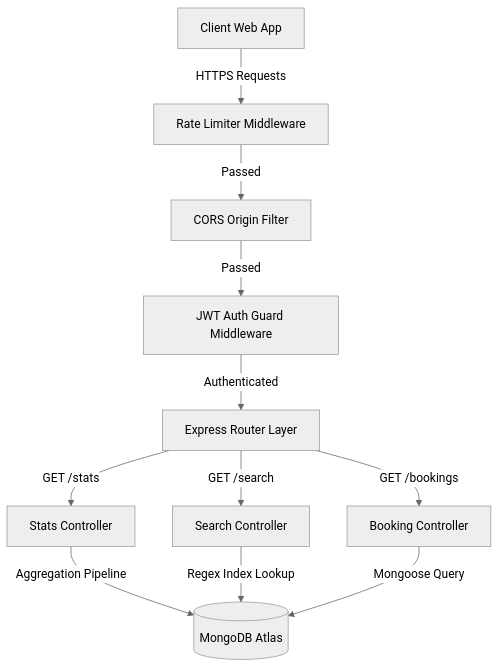
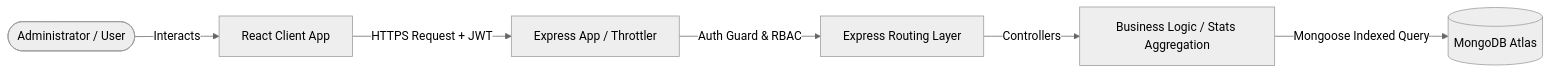
The diagram in README.md (codinggita/vehicle_bookings_vedant_patel), drawn with Mermaid (neutral theme) before and after one commit. The commit also changed other lines of this file and 28 other files, not shown here.

````diff
--- a/README.md
+++ b/README.md
@@ -38,13 +27,8 @@
 ```mermaid
-graph TD
-    Client[Client Web App] -->|HTTPS Requests| RateLimiter[Rate Limiter Middleware]
-    RateLimiter -->|Passed| CORS[CORS Origin Filter]
-    CORS -->|Passed| AuthGuard[JWT Auth Guard Middleware]
-    AuthGuard -->|Authenticated| Router[Express Router Layer]
-    Router -->|GET /stats| StatsController[Stats Controller]
-    Router -->|GET /search| SearchController[Search Controller]
-    Router -->|GET /bookings| BookingController[Booking Controller]
-    StatsController -->|Aggregation Pipeline| MongoDB[(MongoDB Atlas)]
-    SearchController -->|Regex Index Lookup| MongoDB
-    BookingController -->|Mongoose Query| MongoDB
+graph LR
+    User([Administrator / User]) -->|Interacts| UI[React Client App]
+    UI -->|HTTPS Request + JWT| Gateway[Express App / Throttler]
+    Gateway -->|Auth Guard & RBAC| Router[Express Routing Layer]
+    Router -->|Controllers| Business[Business Logic / Stats Aggregation]
+    Business -->|Mongoose Indexed Query| DB[(MongoDB Atlas)]
 ```
````
